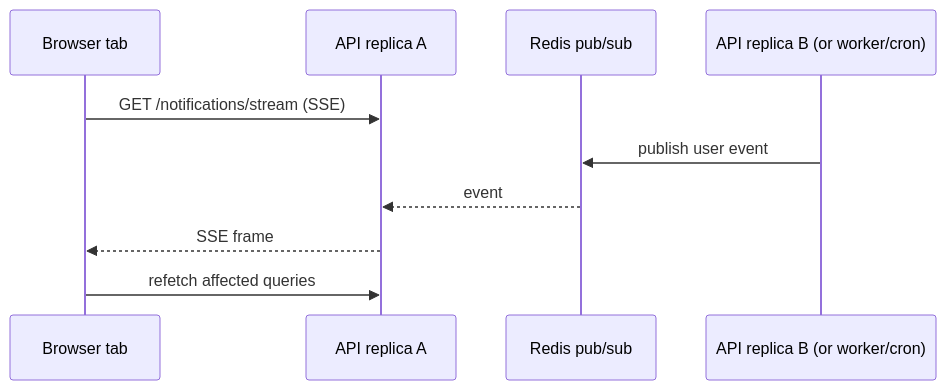
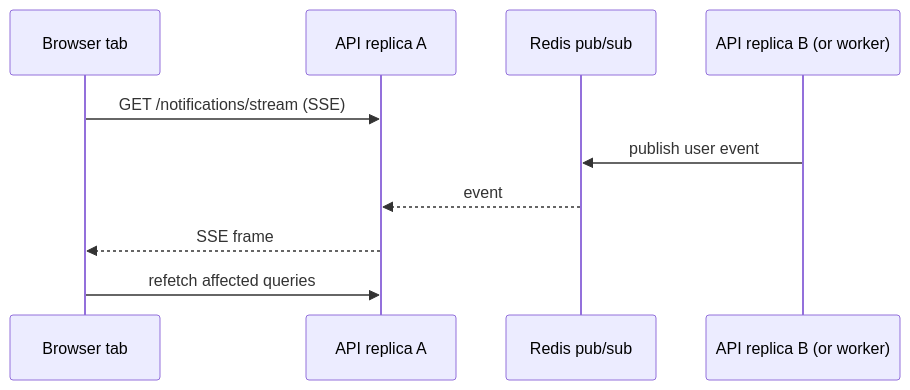
One commit to MoustafaWehbe/onramp-fp-founders-app changed the second of 4 diagrams in docs/architecture.md. Above: the diagram before and after it, drawn with Mermaid. The commit also changed other lines of this file and 54 other files, not shown here.

````diff
--- a/docs/architecture.md
+++ b/docs/architecture.md
@@ -108,12 +110,12 @@
 ```mermaid
 sequenceDiagram
     participant Tab as Browser tab
     participant A as API replica A
     participant R as Redis pub/sub
-    participant B as API replica B (or worker/cron)
+    participant B as API replica B (or worker)
     Tab->>A: GET /notifications/stream (SSE)
     B->>R: publish user event
     R-->>A: event
     A-->>Tab: SSE frame
     Tab->>A: refetch affected queries
 ```
````
